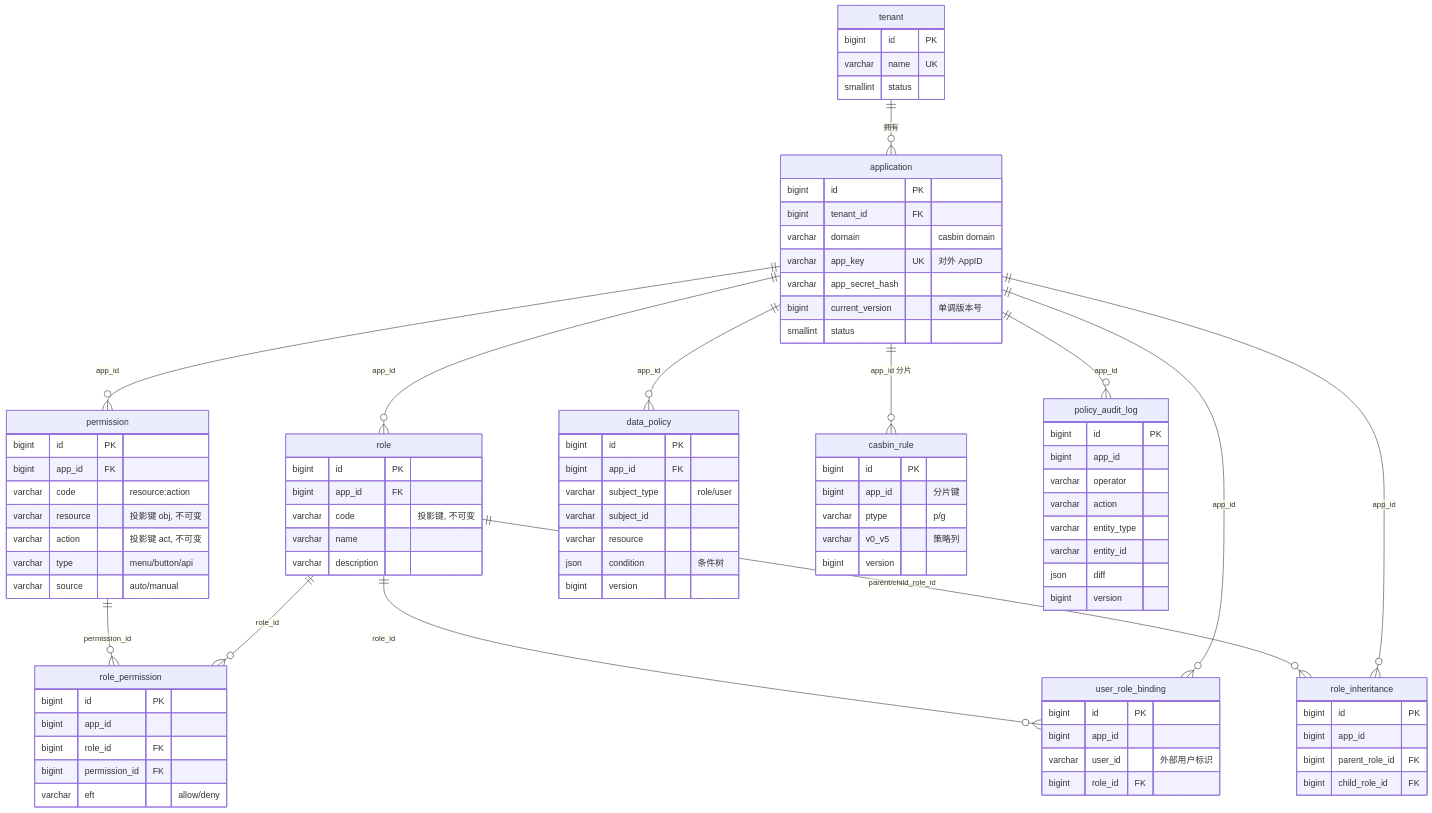
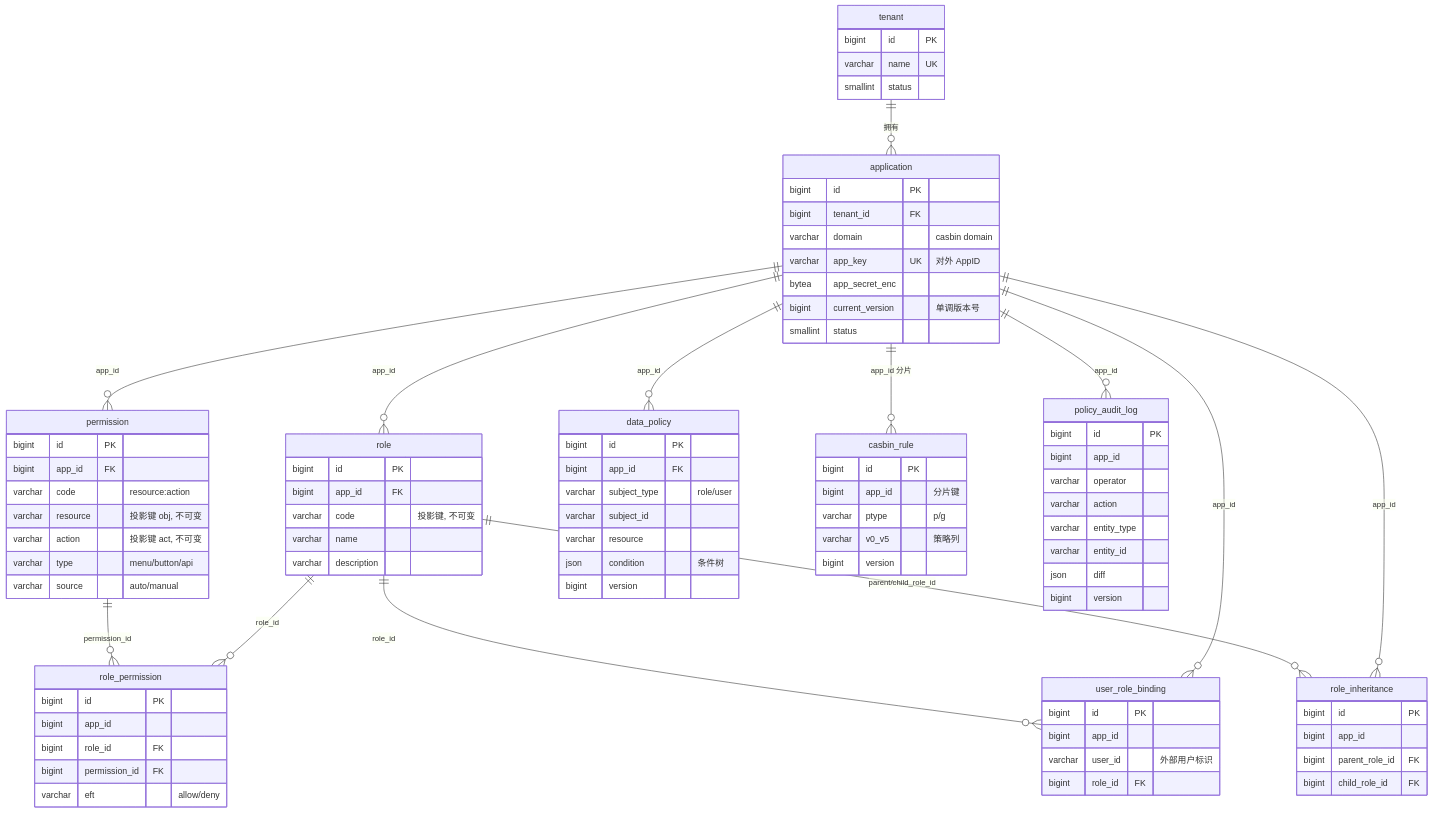
The diagram in docs/superpowers/specs/2026-05-31-sydom-database-schema-design.md (nickZFZ/Sydom), drawn with Mermaid before and after one commit. The commit also changed other lines of this file and 1 other file, not shown here.

Commit message:
docs: 同步 gRPC 子项目实现完成 + 数据库 spec §4.1 改 app_secret_enc
- PROGRESS：子项目② 标记完成、补代码索引、记最终审查待跟进项(M1/I1)
- 数据库 spec §4.1：app_secret_hash(varchar) → app_secret_enc(bytea)，与 migration 000011 一致

```diff
--- a/docs/superpowers/specs/2026-05-31-sydom-database-schema-design.md
+++ b/docs/superpowers/specs/2026-05-31-sydom-database-schema-design.md
@@ -63,7 +63,7 @@
         bigint tenant_id FK
         varchar domain "casbin domain"
         varchar app_key UK "对外 AppID"
-        varchar app_secret_hash
+        bytea app_secret_enc
         bigint current_version "单调版本号"
         smallint status
     }
```
